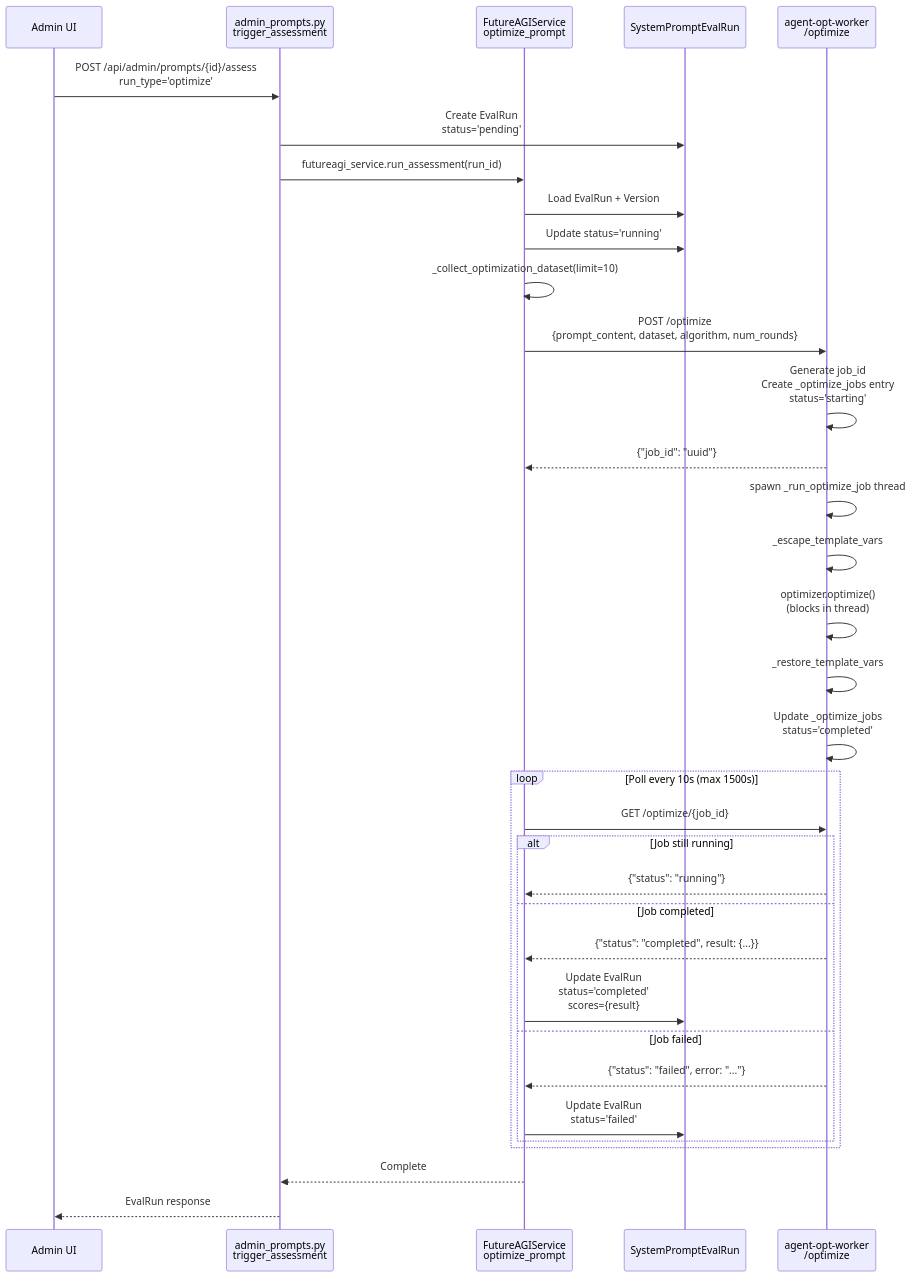
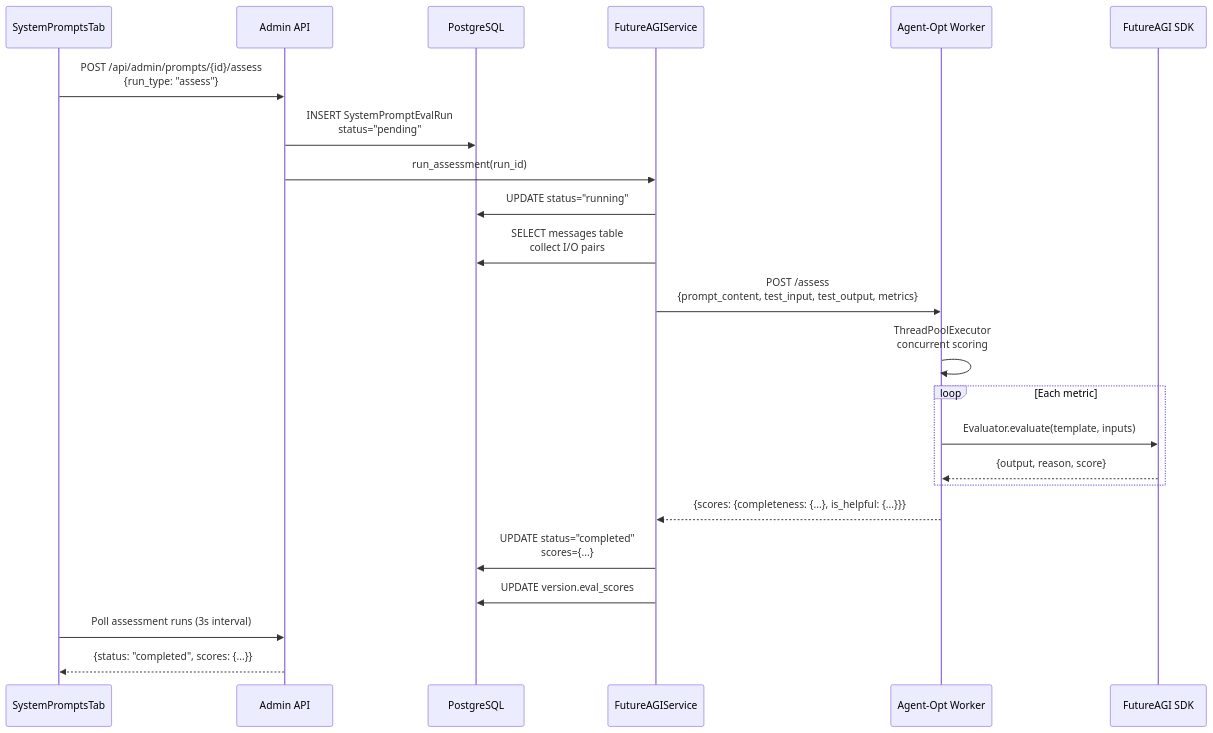
The third of 4 diagrams in docs/prompt-optimization/prompt-optimization.md (AutomatosAI/automatos-ai), drawn with Mermaid before and after one commit. The commit also changed other lines of this file and 149 other files, not shown here.

Commit message:
docs: refresh documentation with graphify semantic scan

````diff
--- a/docs/prompt-optimization/prompt-optimization.md
+++ b/docs/prompt-optimization/prompt-optimization.md
@@ -253,42 +125,31 @@
 ```mermaid
 sequenceDiagram
-    participant Admin as Admin UI
-    participant API as admin_prompts.py<br/>trigger_assessment
-    participant Service as FutureAGIService<br/>optimize_prompt
-    participant DB as SystemPromptEvalRun
-    participant Worker as agent-opt-worker<br/>/optimize
+    participant UI as SystemPromptsTab
+    participant API as Admin API
+    participant DB as PostgreSQL
+    participant FutureAGI as FutureAGIService
+    participant Worker as Agent-Opt Worker
+    participant SDK as FutureAGI SDK
     
-    Admin->>API: POST /api/admin/prompts/{id}/assess<br/>run_type='optimize'
-    API->>DB: Create EvalRun<br/>status='pending'
-    API->>Service: futureagi_service.run_assessment(run_id)
+    UI->>API: POST /api/admin/prompts/{id}/assess<br/>{run_type: "assess"}
+    API->>DB: INSERT SystemPromptEvalRun<br/>status="pending"
+    API->>FutureAGI: run_assessment(run_id)
     
-    Service->>DB: Load EvalRun + Version
-    Service->>DB: Update status='running'
-    Service->>Service: _collect_optimization_dataset(limit=10)
-    Service->>Worker: POST /optimize<br/>{prompt_content, dataset, algorithm, num_rounds}
+    FutureAGI->>DB: UPDATE status="running"
+    FutureAGI->>DB: SELECT messages table<br/>collect I/O pairs
     
-    Worker->>Worker: Generate job_id<br/>Create _optimize_jobs entry<br/>status='starting'
-    Worker-->>Service: {"job_id": "uuid"}
+    FutureAGI->>Worker: POST /assess<br/>{prompt_content, test_input, test_output, metrics}
     
-    Worker->>Worker: spawn _run_optimize_job thread
-    Worker->>Worker: _escape_template_vars
-    Worker->>Worker: optimizer.optimize()<br/>(blocks in thread)
-    Worker->>Worker: _restore_template_vars
-    Worker->>Worker: Update _optimize_jobs<br/>status='completed'
-    
-    loop Poll every 10s (max 1500s)
-        Service->>Worker: GET /optimize/{job_id}
-        alt Job still running
-            Worker-->>Service: {"status": "running"}
-        else Job completed
-            Worker-->>Service: {"status": "completed", result: {...}}
-            Service->>DB: Update EvalRun<br/>status='completed'<br/>scores={result}
-        else Job failed
-            Worker-->>Service: {"status": "failed", error: "..."}
-            Service->>DB: Update EvalRun<br/>status='failed'
-        end
+    Worker->>Worker: ThreadPoolExecutor<br/>concurrent scoring
+    loop Each metric
+        Worker->>SDK: Evaluator.evaluate(template, inputs)
+        SDK-->>Worker: {output, reason, score}
     end
     
-    Service-->>API: Complete
-    API-->>Admin: EvalRun response
+    Worker-->>FutureAGI: {scores: {completeness: {...}, is_helpful: {...}}}
+    FutureAGI->>DB: UPDATE status="completed"<br/>scores={...}
+    FutureAGI->>DB: UPDATE version.eval_scores
+    
+    UI->>API: Poll assessment runs (3s interval)
+    API-->>UI: {status: "completed", scores: {...}}
 ```
````
